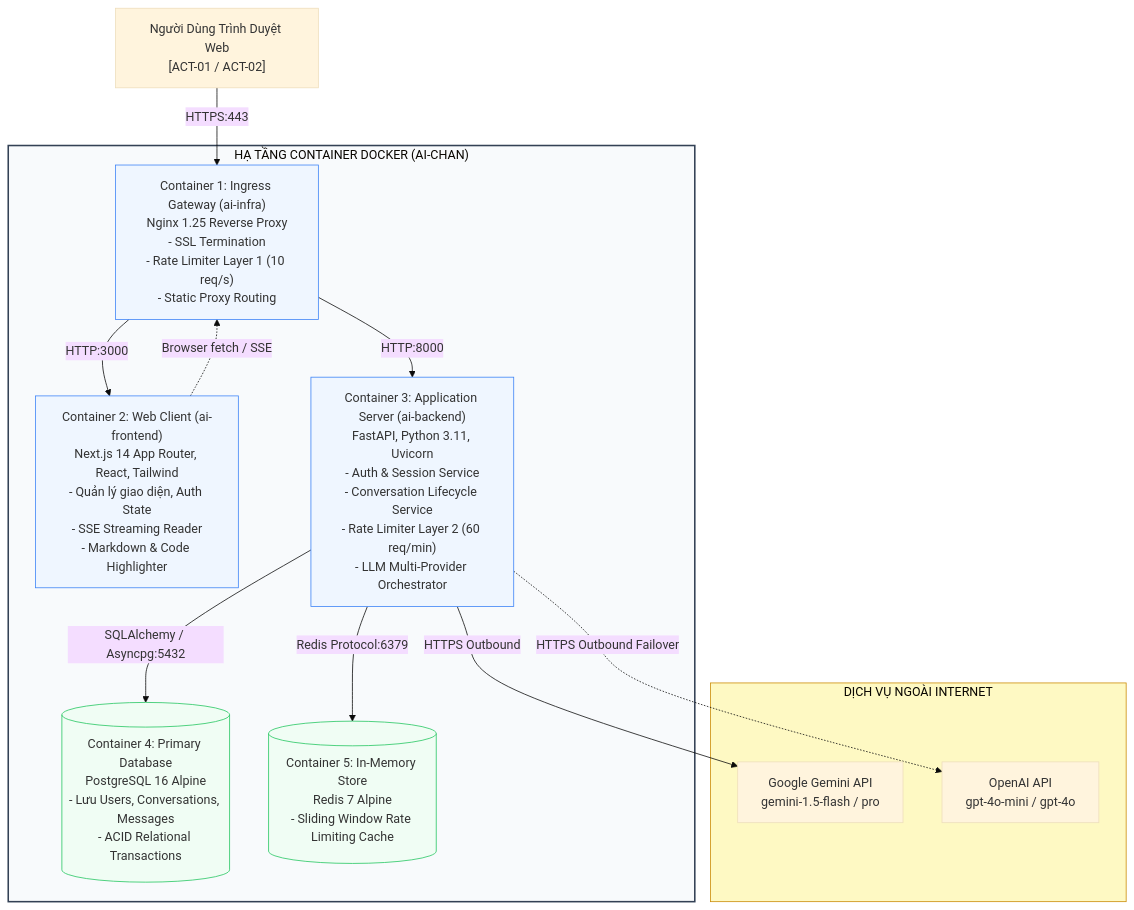
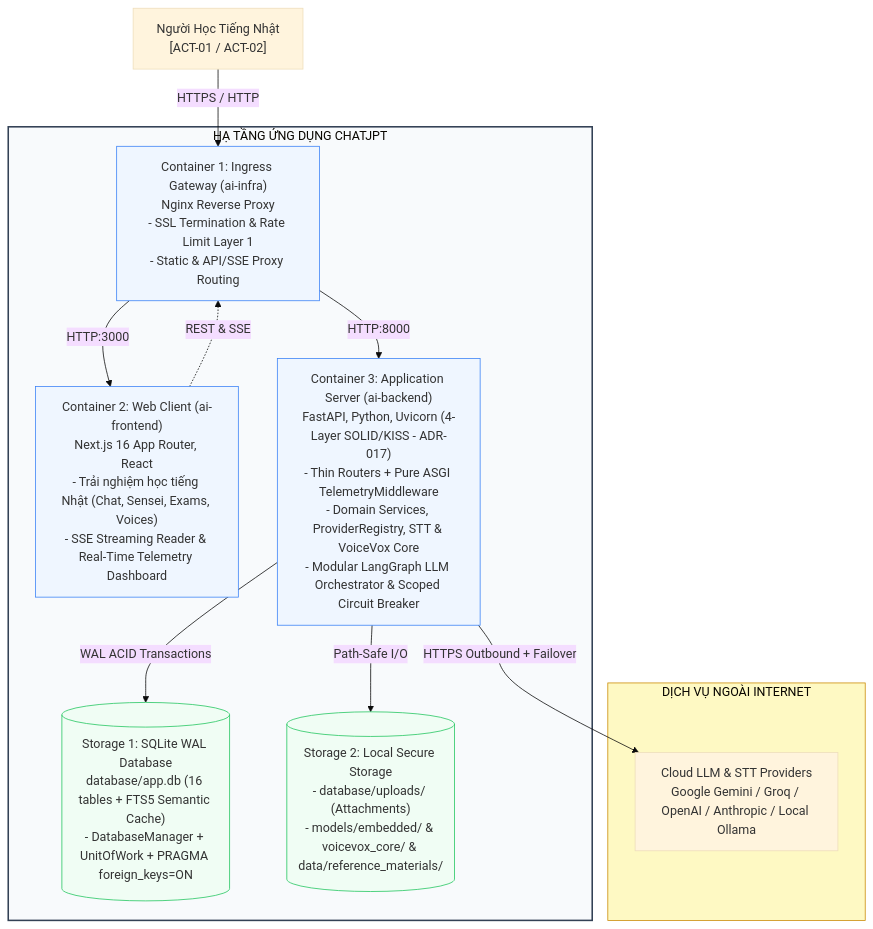
Before and after one commit to DungTran1201/ChatJPT: the first of 2 diagrams in docs/06-architecture/sad.md, drawn with Mermaid (base theme). The commit also changed other lines of this file and 95 other files, not shown here.

Commit message:
feat: initialize AI backend architecture and database schema

````diff
--- a/docs/06-architecture/sad.md
+++ b/docs/06-architecture/sad.md
@@ -26,39 +26,37 @@
 ```mermaid
 flowchart TD
-    User["Người Dùng Trình Duyệt Web<br/>[ACT-01 / ACT-02]"]
+    User["Người Học Tiếng Nhật<br/>[ACT-01 / ACT-02]"]
 
-    subgraph ContainerBoundary ["HẠ TẦNG CONTAINER DOCKER (AI-CHAN)"]
-        Nginx["Container 1: Ingress Gateway (ai-infra)<br/>Nginx 1.25 Reverse Proxy<br/>- SSL Termination<br/>- Rate Limiter Layer 1 (10 req/s)<br/>- Static Proxy Routing"]
-        
-        Frontend["Container 2: Web Client (ai-frontend)<br/>Next.js 14 App Router, React, Tailwind<br/>- Quản lý giao diện, Auth State<br/>- SSE Streaming Reader<br/>- Markdown & Code Highlighter"]
-        
-        Backend["Container 3: Application Server (ai-backend)<br/>FastAPI, Python 3.11, Uvicorn<br/>- Auth & Session Service<br/>- Conversation Lifecycle Service<br/>- Rate Limiter Layer 2 (60 req/min)<br/>- LLM Multi-Provider Orchestrator"]
-        
-        Postgres[("Container 4: Primary Database<br/>PostgreSQL 16 Alpine<br/>- Lưu Users, Conversations, Messages<br/>- ACID Relational Transactions")]
-        
-        Redis[("Container 5: In-Memory Store<br/>Redis 7 Alpine<br/>- Sliding Window Rate Limiting Cache")]
+    subgraph ContainerBoundary ["HẠ TẦNG ỨNG DỤNG CHATJPT"]
+        Nginx["Container 1: Ingress Gateway (ai-infra)<br/>Nginx Reverse Proxy<br/>- SSL Termination & Rate Limit Layer 1<br/>- Static & API/SSE Proxy Routing"]
+
+        Frontend["Container 2: Web Client (ai-frontend)<br/>Next.js 16 App Router, React<br/>- Trải nghiệm học tiếng Nhật (Chat, Sensei, Exams, Voices)<br/>- SSE Streaming Reader & Real-Time Telemetry Dashboard"]
+
+        Backend["Container 3: Application Server (ai-backend)<br/>FastAPI, Python, Uvicorn (4-Layer SOLID/KISS - ADR-017)<br/>- Thin Routers + Pure ASGI TelemetryMiddleware<br/>- Domain Services, ProviderRegistry, STT & VoiceVox Core<br/>- Modular LangGraph LLM Orchestrator & Scoped Circuit Breaker"]
+
+        SQLiteDB[("Storage 1: SQLite WAL Database<br/>database/app.db (16 tables + FTS5 Semantic Cache)<br/>- DatabaseManager + UnitOfWork + PRAGMA foreign_keys=ON")]
+
+        FileStorage[("Storage 2: Local Secure Storage<br/>- database/uploads/ (Attachments)<br/>- models/embedded/ & voicevox_core/ & data/reference_materials/")]
     end
 
     subgraph ExternalCloud ["DỊCH VỤ NGOÀI INTERNET"]
-        Gemini["Google Gemini API<br/>gemini-1.5-flash / pro"]
-        OpenAI["OpenAI API<br/>gpt-4o-mini / gpt-4o"]
+        CloudLLMs["Cloud LLM & STT Providers<br/>Google Gemini / Groq / OpenAI / Anthropic / Local Ollama"]
     end
 
-    User -->|HTTPS:443| Nginx
+    User -->|HTTPS / HTTP| Nginx
     Nginx -->|HTTP:3000| Frontend
     Nginx -->|HTTP:8000| Backend
-    Frontend -.->|Browser fetch / SSE| Nginx
+    Frontend -.->|REST & SSE| Nginx
 
-    Backend -->|SQLAlchemy / Asyncpg:5432| Postgres
-    Backend -->|Redis Protocol:6379| Redis
-    Backend -->|HTTPS Outbound| Gemini
-    Backend -.->|HTTPS Outbound Failover| OpenAI
+    Backend -->|WAL ACID Transactions| SQLiteDB
+    Backend -->|Path-Safe I/O| FileStorage
+    Backend -->|HTTPS Outbound + Failover| CloudLLMs
 
     style ContainerBoundary fill:#f8fafc,stroke:#334155,stroke-width:2px
     style Nginx fill:#eff6ff,stroke:#3b82f6
     style Frontend fill:#eff6ff,stroke:#3b82f6
     style Backend fill:#eff6ff,stroke:#3b82f6
-    style Postgres fill:#f0fdf4,stroke:#22c55e
-    style Redis fill:#f0fdf4,stroke:#22c55e
+    style SQLiteDB fill:#f0fdf4,stroke:#22c55e
+    style FileStorage fill:#f0fdf4,stroke:#22c55e
     style ExternalCloud fill:#fef9c3,stroke:#ca8a04
 ```
````
